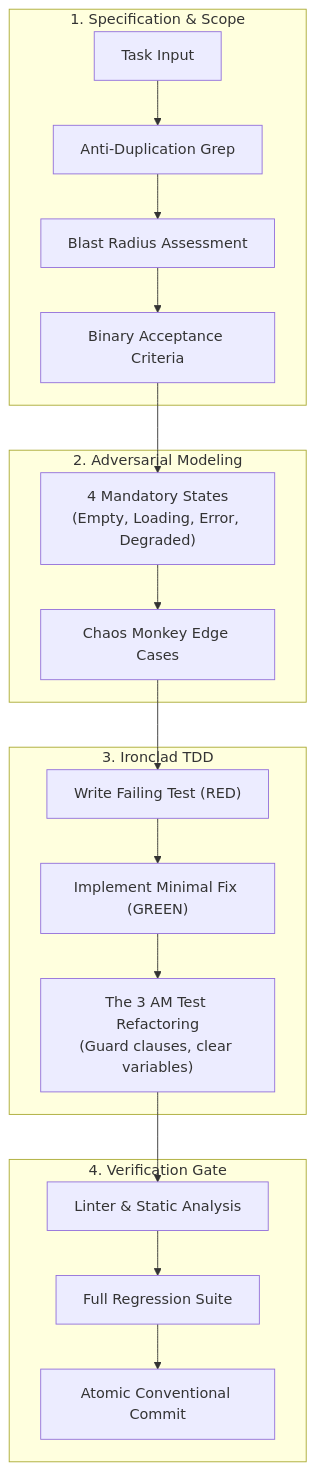
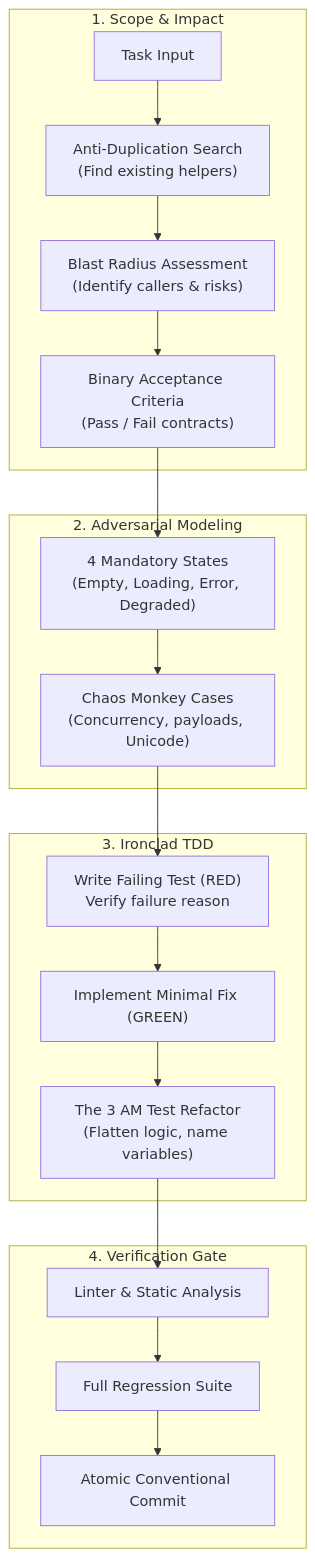
The diagram in README.md (actions-marketplace-validations/keelbismark_qed), drawn with Mermaid before and after one commit. The commit also changed other lines of this file, not shown here.

````diff
--- a/README.md
+++ b/README.md
@@ -50,25 +97,25 @@
 ```mermaid
 flowchart TD
-    subgraph Spec["1. Specification & Scope"]
-        A["Task Input"] --> B["Anti-Duplication Grep"]
-        B --> C["Blast Radius Assessment"]
-        C --> D["Binary Acceptance Criteria"]
+    subgraph Spec["1. Scope & Impact"]
+        A["Task Input"] --> B["Anti-Duplication Search\n(Find existing helpers)"]
+        B --> C["Blast Radius Assessment\n(Identify callers & risks)"]
+        C --> D["Binary Acceptance Criteria\n(Pass / Fail contracts)"]
     end
 
     subgraph QA["2. Adversarial Modeling"]
         D --> E["4 Mandatory States\n(Empty, Loading, Error, Degraded)"]
-        E --> F["Chaos Monkey Edge Cases"]
+        E --> F["Chaos Monkey Cases\n(Concurrency, payloads, Unicode)"]
     end
 
     subgraph TDD["3. Ironclad TDD"]
-        F --> G["Write Failing Test (RED)"]
+        F --> G["Write Failing Test (RED)\nVerify failure reason"]
         G --> H["Implement Minimal Fix (GREEN)"]
-        H --> I["The 3 AM Test Refactoring\n(Guard clauses, clear variables)"]
+        H --> I["The 3 AM Test Refactor\n(Flatten logic, name variables)"]
     end
 
     subgraph Gate["4. Verification Gate"]
         I --> J["Linter & Static Analysis"]
         J --> K["Full Regression Suite"]
         K --> L["Atomic Conventional Commit"]
     end
 ```
````
